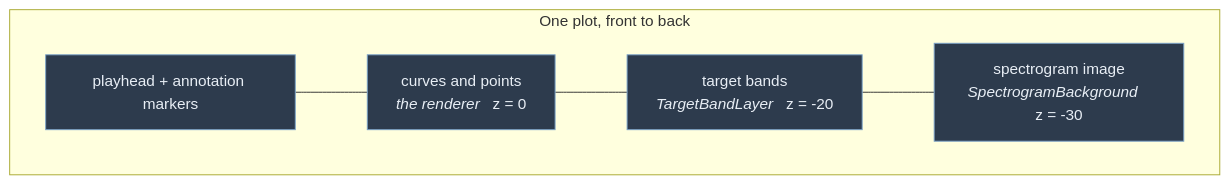
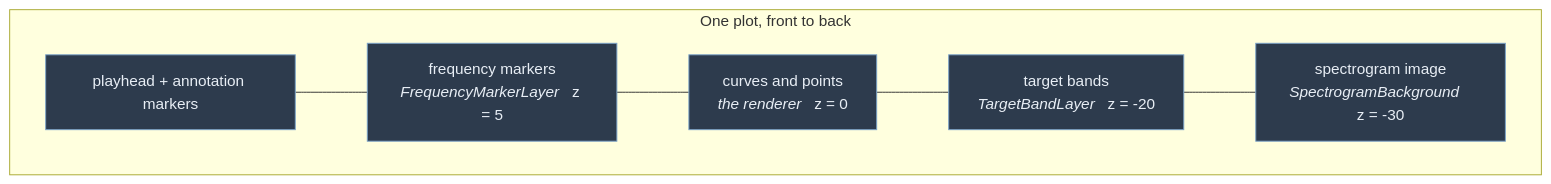
Before and after one commit to fabstr/voicevis: the first of 4 diagrams in src/ui/plot/layers/README.md, drawn with Mermaid. The commit also changed other lines of this file and 7 other files, not shown here.

Commit message:
Add support for frequency markers in the plots

````diff
--- a/src/ui/plot/layers/README.md
+++ b/src/ui/plot/layers/README.md
@@ -8,13 +8,14 @@
 ```mermaid
 graph TB
     subgraph plot["One plot, front to back"]
-        D["playhead + annotation markers"]
+        E["playhead + annotation markers"]
+        D["frequency markers<br/><i>FrequencyMarkerLayer</i> &nbsp; z = 5"]
         C["curves and points<br/><i>the renderer</i> &nbsp; z = 0"]
         B["target bands<br/><i>TargetBandLayer</i> &nbsp; z = -20"]
         A["spectrogram image<br/><i>SpectrogramBackground</i> &nbsp; z = -30"]
     end
-    D --- C --- B --- A
+    E --- D --- C --- B --- A
 
     classDef l fill:#2d3b4d,stroke:#7aa2c8,color:#e8eef5
-    class A,B,C,D l
+    class A,B,C,D,E l
 ```
````
